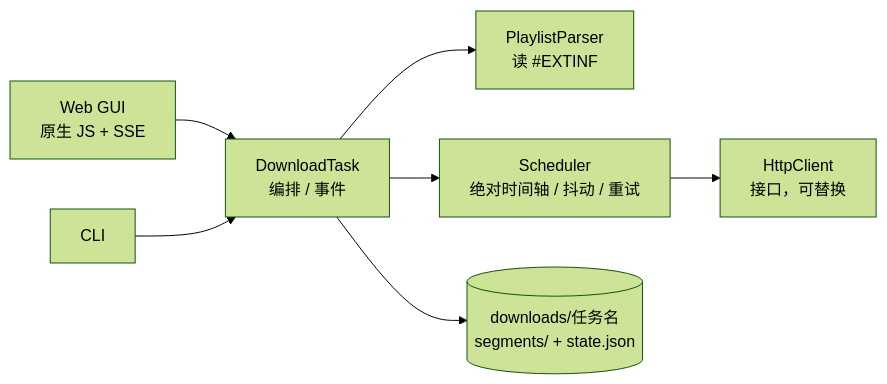
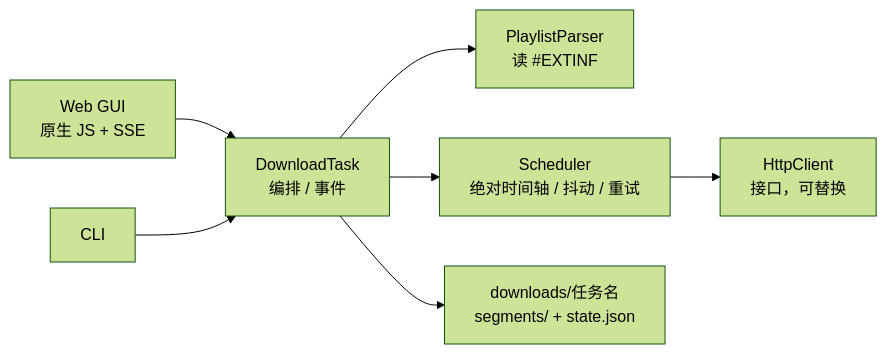
The diagram in README.md (HERZAy1/m3u8-SlowDownloader), drawn with Mermaid (forest theme) before and after one commit.

Commit message:
docs: mermaid 里改用普通节点，避免圆柱节点解析失败

````diff
--- a/README.md
+++ b/README.md
@@ -68,9 +68,9 @@
 ```mermaid
 flowchart LR
   G["Web GUI<br/>原生 JS + SSE"] --> T["DownloadTask<br/>编排 / 事件"]
   C["CLI"] --> T
   T --> P["PlaylistParser<br/>读 #EXTINF"]
   T --> S["Scheduler<br/>绝对时间轴 / 抖动 / 重试"]
   S --> H["HttpClient<br/>接口，可替换"]
-  T --> D[("downloads/任务名<br/>segments/ + state.json")]
+  T --> D["downloads/任务名<br/>segments/ + state.json"]
 ```
````
